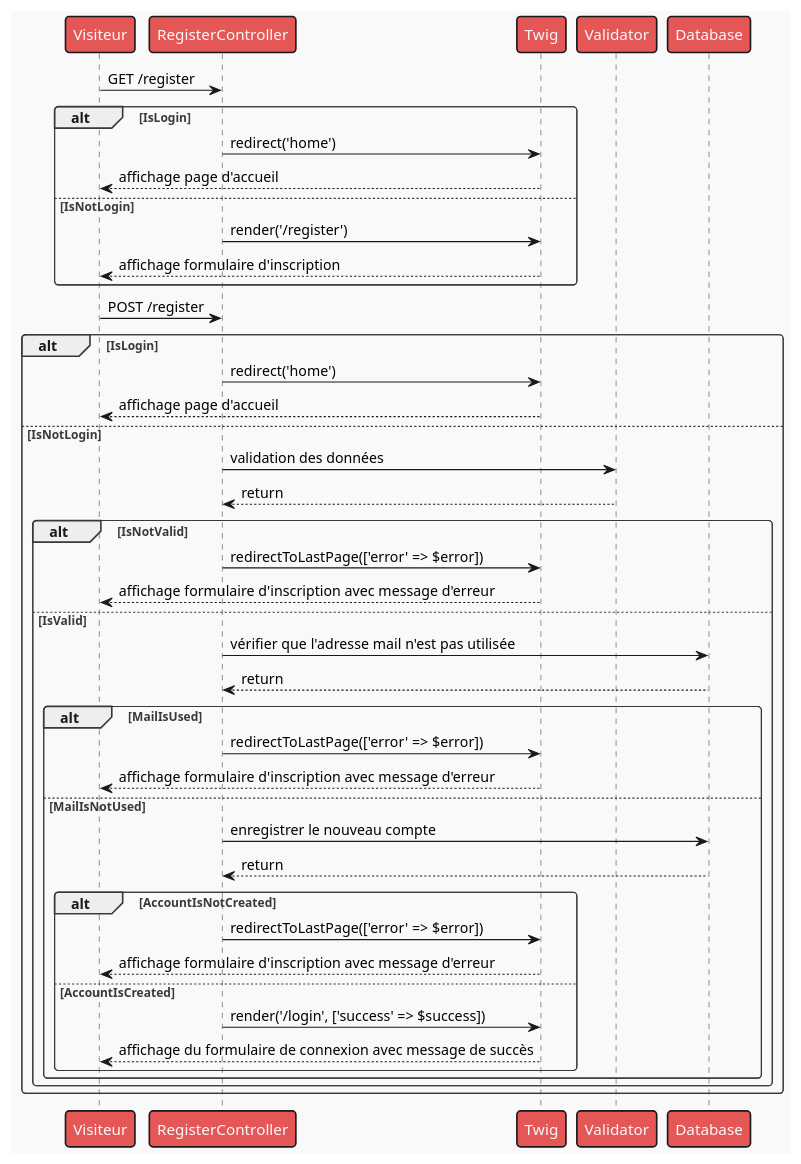
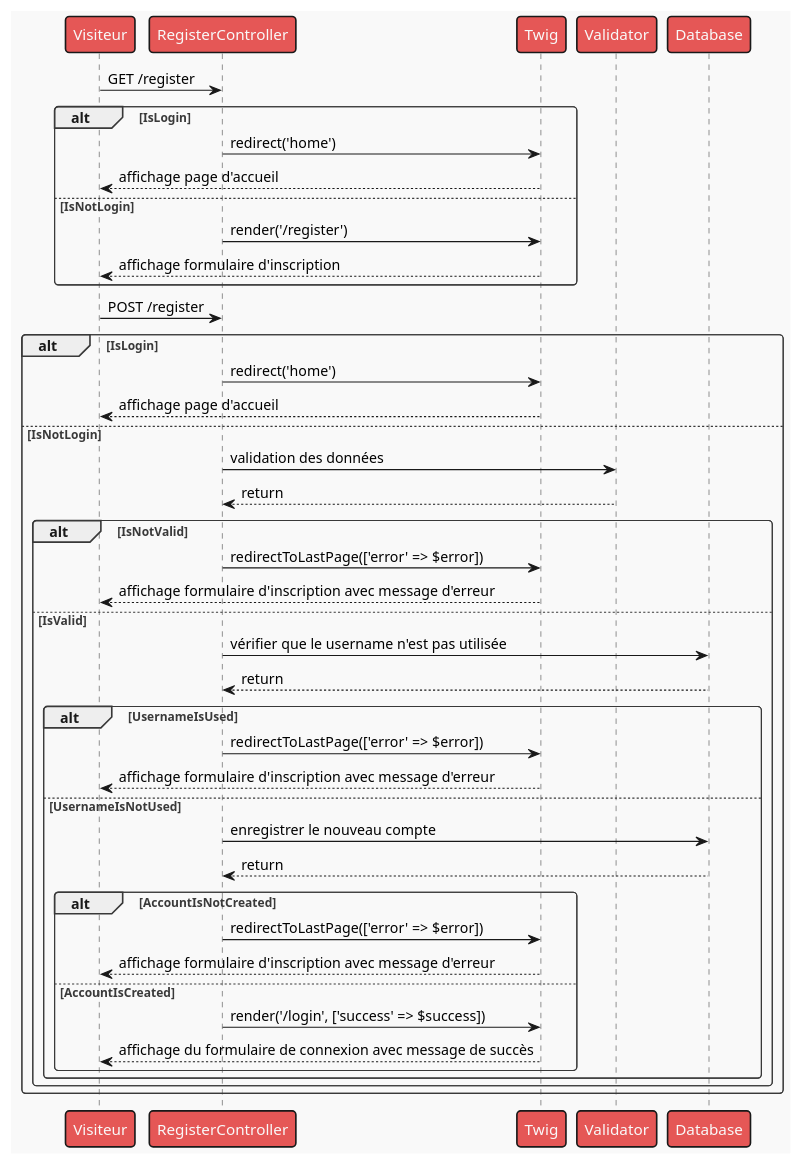
The diagram in diagrammes/puml/SequenceDiagram/register.puml (davy-beauzil/p6-snowtricks), drawn with PlantUML before and after one commit. The commit also changed 27 other files, not shown here.

Commit message:
feat(diagrams): fix diagrams and conversion to PNG

```diff
--- a/diagrammes/puml/SequenceDiagram/register.puml
+++ b/diagrammes/puml/SequenceDiagram/register.puml
@@ -1,50 +1,50 @@
 @startuml
 
 !theme mars
 
 Visiteur -> RegisterController : GET /register
 alt IsLogin
     RegisterController -> Twig : redirect('home')
     Twig --> Visiteur : affichage page d'accueil
 else IsNotLogin
     RegisterController -> Twig : render('/register')
     Twig --> Visiteur : affichage formulaire d'inscription
 end
 
 Visiteur -> RegisterController : POST /register
 
 alt IsLogin
     RegisterController -> Twig : redirect('home')
         Twig --> Visiteur : affichage page d'accueil
 else IsNotLogin
     RegisterController -> Validator : validation des données
     Validator --> RegisterController : return
     alt IsNotValid
         RegisterController -> Twig : redirectToLastPage(['error' => $error])
         Twig --> Visiteur : affichage formulaire d'inscription avec message d'erreur
     else IsValid
-        RegisterController -> Database : vérifier que l'adresse mail n'est pas utilisée
+        RegisterController -> Database : vérifier que le username n'est pas utilisée
         Database --> RegisterController : return
 
-        alt MailIsUsed
+        alt UsernameIsUsed
             RegisterController -> Twig : redirectToLastPage(['error' => $error])
             Twig --> Visiteur : affichage formulaire d'inscription avec message d'erreur
-        else MailIsNotUsed
+        else UsernameIsNotUsed
             RegisterController -> Database : enregistrer le nouveau compte
             Database --> RegisterController : return
             alt AccountIsNotCreated
                 RegisterController -> Twig : redirectToLastPage(['error' => $error])
                 Twig --> Visiteur : affichage formulaire d'inscription avec message d'erreur
             else AccountIsCreated
                 RegisterController -> Twig : render('/login', ['success' => $success])
                 Twig --> Visiteur : affichage du formulaire de connexion avec message de succès
             end
         end
     end
 end
 
 
 
 
 
 @enduml
```
